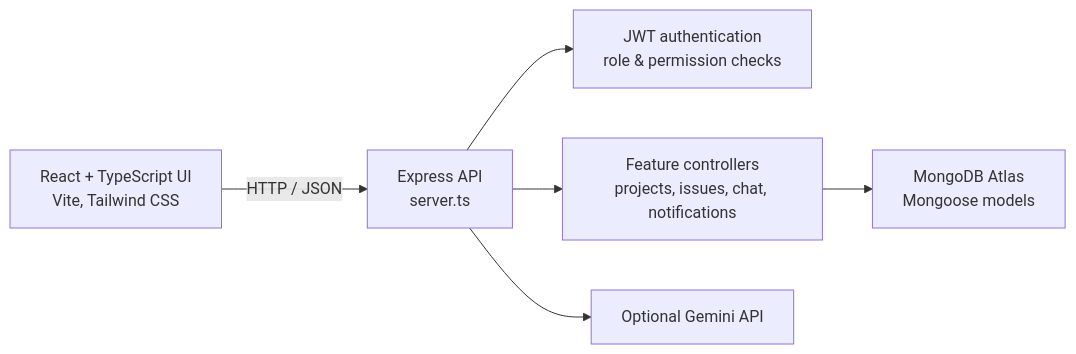
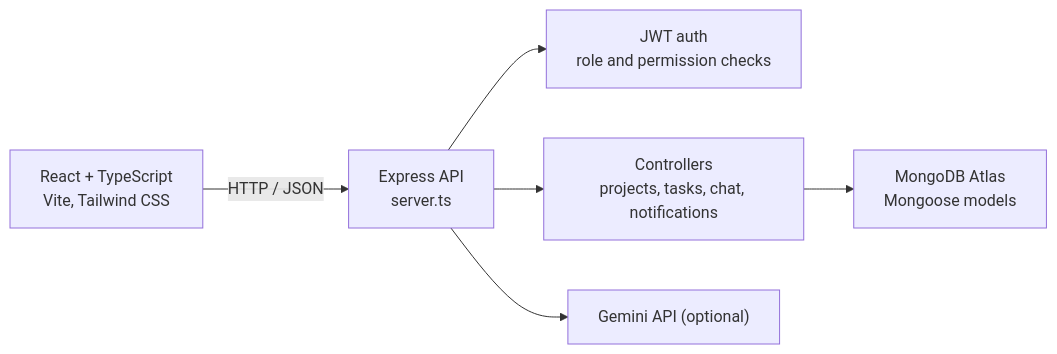
Before and after one commit to junaidr04/PulseDev: the diagram in README.md, drawn with Mermaid. The commit also changed other lines of this file, not shown here.

````diff
--- a/README.md
+++ b/README.md
@@ -89,8 +123,8 @@
 ```mermaid
 flowchart LR
-    Browser["React + TypeScript UI<br/>Vite, Tailwind CSS"] -->|HTTP / JSON| Express["Express API<br/>server.ts"]
-    Express --> Auth["JWT authentication<br/>role & permission checks"]
-    Express --> Controllers["Feature controllers<br/>projects, issues, chat, notifications"]
+    Browser["React + TypeScript<br/>Vite, Tailwind CSS"] -->|HTTP / JSON| Express["Express API<br/>server.ts"]
+    Express --> Auth["JWT auth<br/>role and permission checks"]
+    Express --> Controllers["Controllers<br/>projects, tasks, chat, notifications"]
     Controllers --> Store["MongoDB Atlas<br/>Mongoose models"]
-    Express --> AI["Optional Gemini API"]
+    Express --> AI["Gemini API (optional)"]
 ```
````
